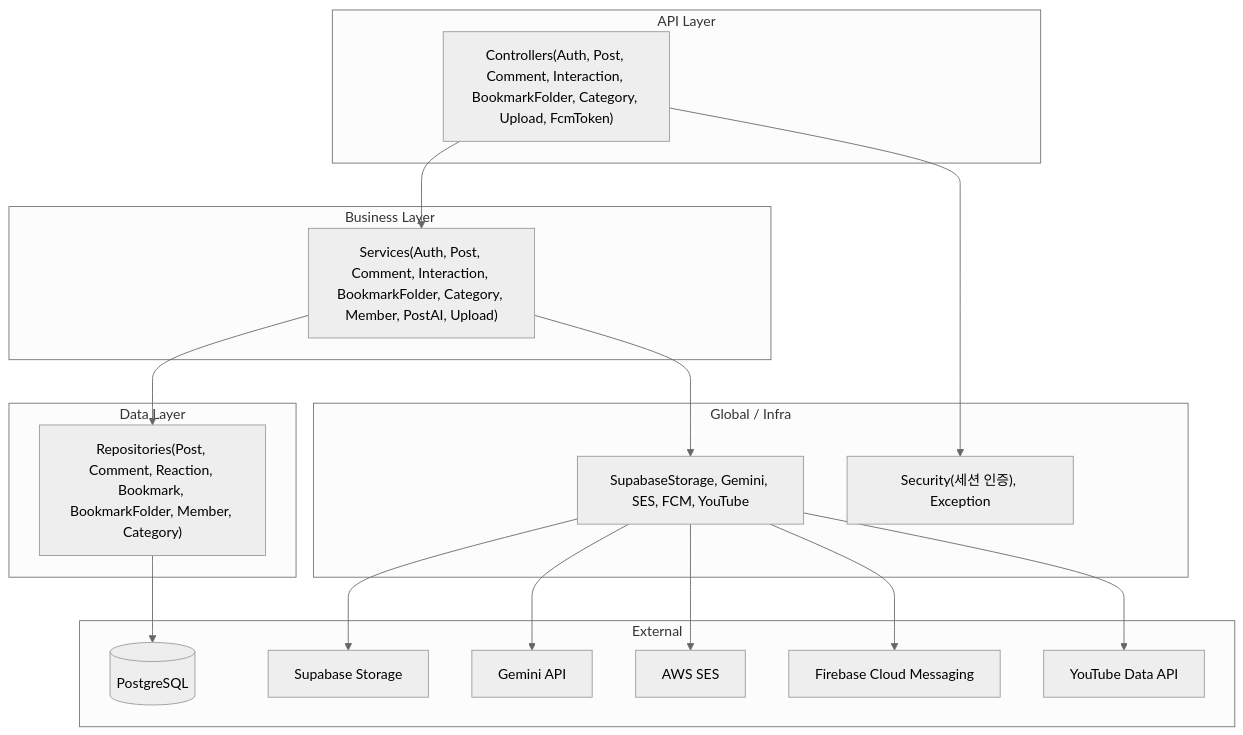
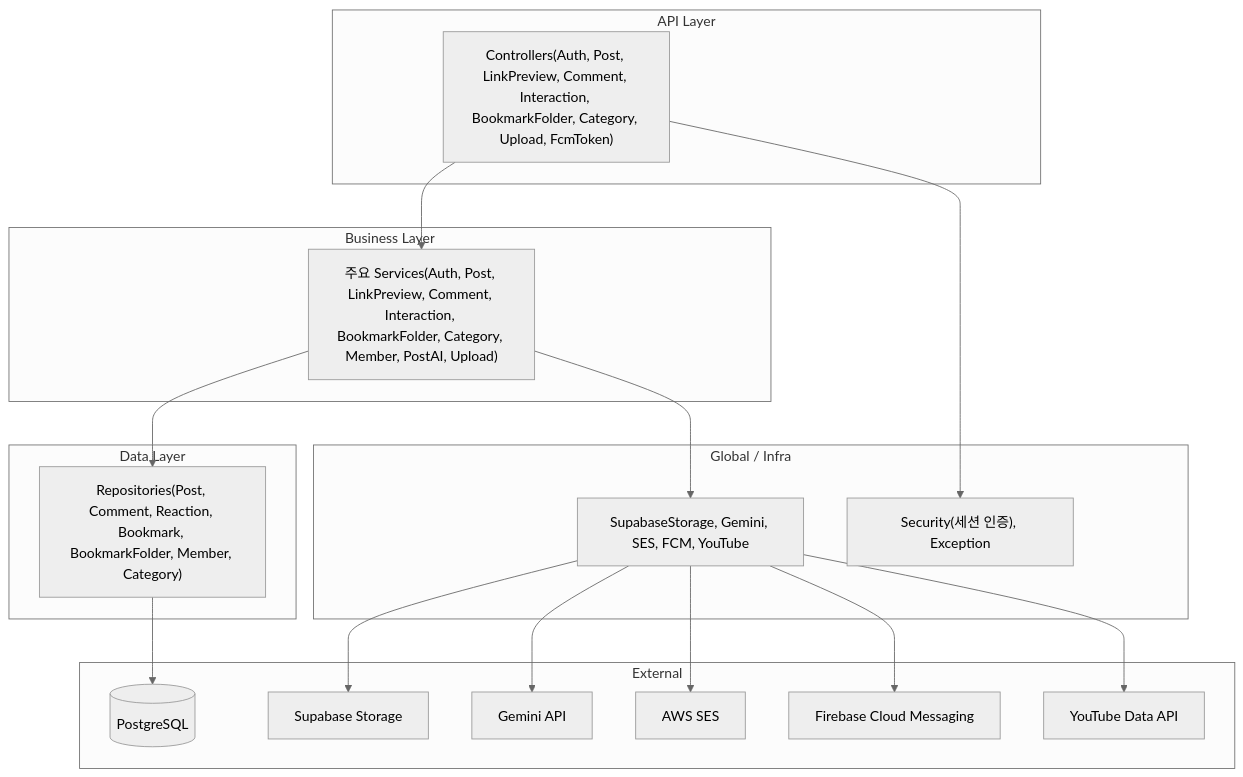
Before and after one commit to BAECHAN/link-sphere_FE_NEW: the fourth of 4 diagrams in docs/SYSTEM-ARCHITECTURE.md, drawn with Mermaid (neutral theme). The commit also changed other lines of this file and 43 other files, not shown here.

````diff
--- a/docs/SYSTEM-ARCHITECTURE.md
+++ b/docs/SYSTEM-ARCHITECTURE.md
@@ -234,34 +234,34 @@
 ```mermaid
 flowchart TB
   subgraph layer1 [API Layer]
-    CTRL["Controllers(Auth, Post, Comment, Interaction, BookmarkFolder, Category, Upload, FcmToken)"]
+    CTRL["Controllers(Auth, Post, LinkPreview, Comment, Interaction, BookmarkFolder, Category, Upload, FcmToken)"]
   end
   subgraph layer2 [Business Layer]
-    SVC["Services(Auth, Post, Comment, Interaction, BookmarkFolder, Category, Member, PostAI, Upload)"]
+    SVC["주요 Services(Auth, Post, LinkPreview, Comment, Interaction, BookmarkFolder, Category, Member, PostAI, Upload)"]
   end
   subgraph layer3 [Data Layer]
     REPO["Repositories(Post, Comment, Reaction, Bookmark, BookmarkFolder, Member, Category)"]
   end
   subgraph infra [Global / Infra]
     SEC["Security(세션 인증), Exception"]
     EXT["SupabaseStorage, Gemini, SES, FCM, YouTube"]
   end
   subgraph external [External]
     DB[(PostgreSQL)]
     STORAGE[Supabase Storage]
     GEMINI[Gemini API]
     SES_EXT[AWS SES]
     FCM_EXT[Firebase Cloud Messaging]
     YOUTUBE_EXT[YouTube Data API]
   end
   CTRL --> SVC
   SVC --> REPO
   SVC --> EXT
   CTRL --> SEC
   REPO --> DB
   EXT --> STORAGE
   EXT --> GEMINI
   EXT --> SES_EXT
   EXT --> FCM_EXT
   EXT --> YOUTUBE_EXT
 ```
````
